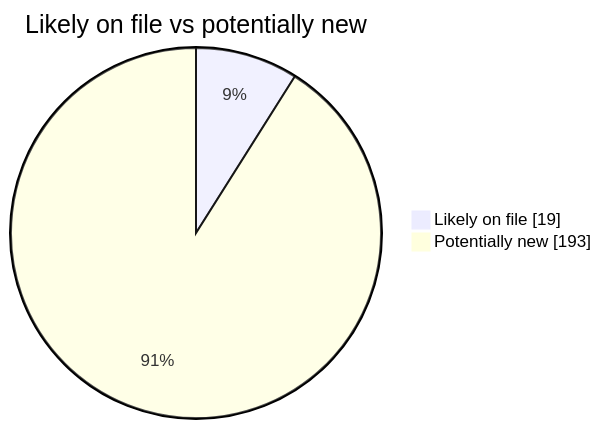
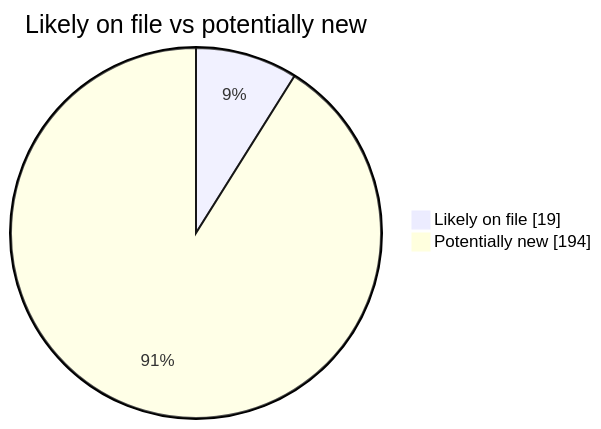
One commit to martinbalfanz/social-scanner-reports changed the second of 4 diagrams in README.md. Above: the diagram before and after it, drawn with Mermaid. The commit also changed other lines of this file and 2 other files, not shown here.

````diff
--- a/README.md
+++ b/README.md
@@ -40,5 +40,5 @@
 ```mermaid
 pie showData title Likely on file vs potentially new
     "Likely on file" : 19
-    "Potentially new" : 193
+    "Potentially new" : 194
 ```
````
